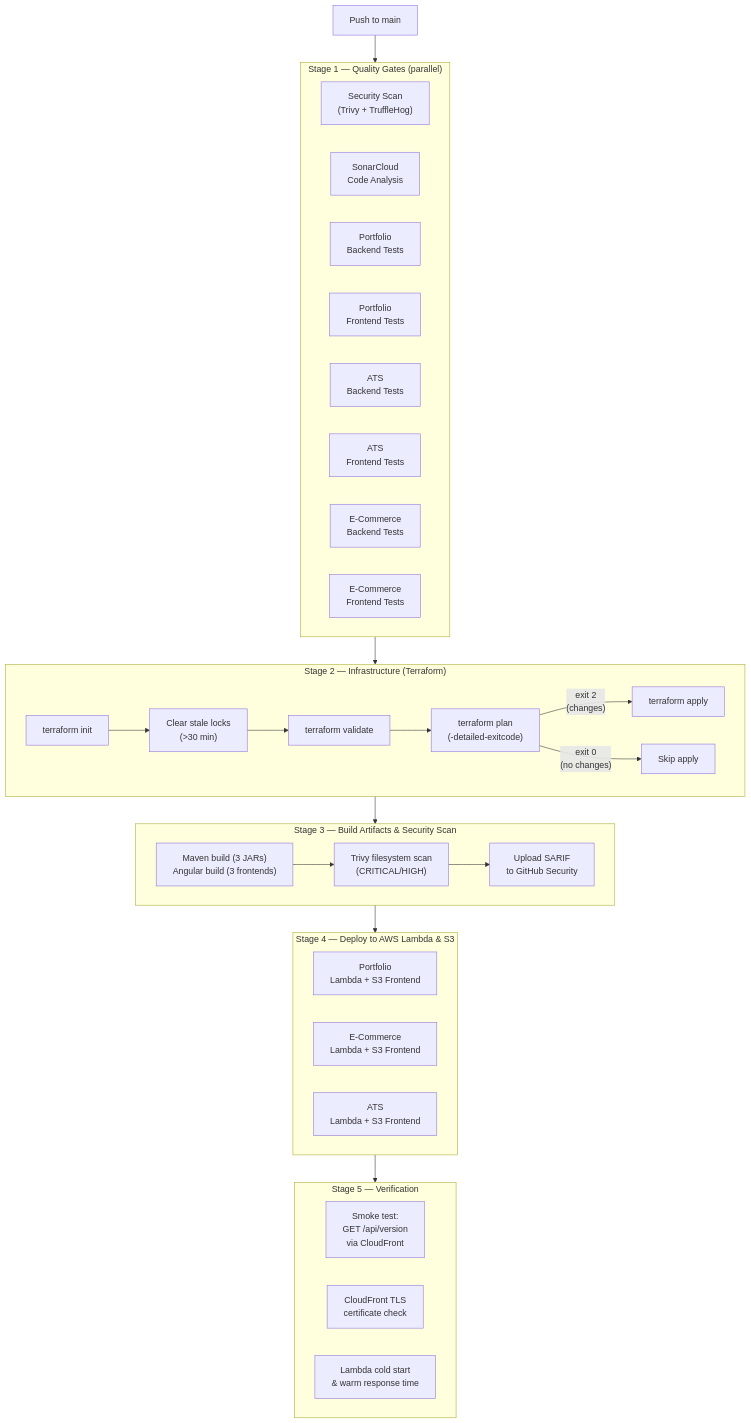
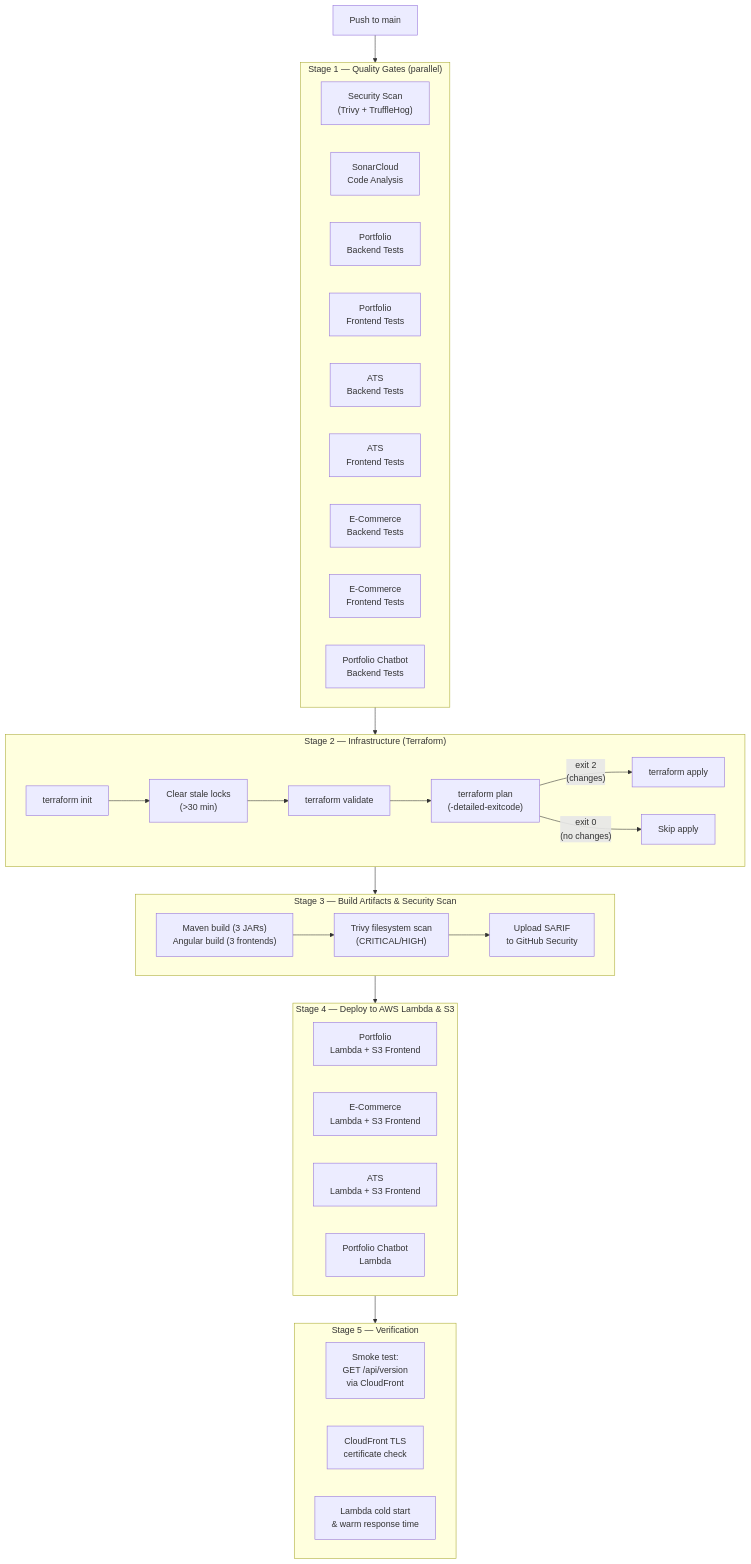
Before and after one commit to clark22134/MyPortfolioWebsite: the second of 5 diagrams in portfolio-chatbot-backend/target/classes/docs/DEVOPS_INFRASTRUCTURE.md, drawn with Mermaid. The commit also changed other lines of this file and 26 other files, not shown here.

````diff
--- a/portfolio-chatbot-backend/target/classes/docs/DEVOPS_INFRASTRUCTURE.md
+++ b/portfolio-chatbot-backend/target/classes/docs/DEVOPS_INFRASTRUCTURE.md
@@ -68,45 +68,47 @@
 ```mermaid
 graph TD
     Push["Push to main"] --> Gate
 
     subgraph Gate["Stage 1 — Quality Gates (parallel)"]
         Security["Security Scan<br/>(Trivy + TruffleHog)"]
         SQ["SonarCloud<br/>Code Analysis"]
         TB1["Portfolio<br/>Backend Tests"]
         TF1["Portfolio<br/>Frontend Tests"]
         TB2["ATS<br/>Backend Tests"]
         TF2["ATS<br/>Frontend Tests"]
         TB3["E-Commerce<br/>Backend Tests"]
         TF3["E-Commerce<br/>Frontend Tests"]
+        TB4["Portfolio Chatbot<br/>Backend Tests"]
     end
 
     Gate --> TF["Stage 2 — Terraform"]
     subgraph TF["Stage 2 — Infrastructure (Terraform)"]
         Init["terraform init"] --> Lock["Clear stale locks<br/>(>30 min)"]
         Lock --> Validate["terraform validate"]
         Validate --> Plan["terraform plan<br/>(-detailed-exitcode)"]
         Plan -->|"exit 2<br/>(changes)"| Apply["terraform apply"]
         Plan -->|"exit 0<br/>(no changes)"| Skip["Skip apply"]
     end
 
     TF --> Build["Stage 3 — Build & Scan"]
     subgraph Build["Stage 3 — Build Artifacts & Security Scan"]
         B1["Maven build (3 JARs)<br/>Angular build (3 frontends)"]
         B1 --> Scan["Trivy filesystem scan<br/>(CRITICAL/HIGH)"]
         Scan --> SARIF["Upload SARIF<br/>to GitHub Security"]
     end
 
     Build --> Deploy["Stage 4 — Serverless Deploy (parallel)"]
     subgraph Deploy["Stage 4 — Deploy to AWS Lambda & S3"]
         DP["Portfolio<br/>Lambda + S3 Frontend"]
         DE["E-Commerce<br/>Lambda + S3 Frontend"]
         DA["ATS<br/>Lambda + S3 Frontend"]
+        DC["Portfolio Chatbot<br/>Lambda"]
     end
 
     Deploy --> Verify["Stage 5 — Post-Deploy"]
     subgraph Verify["Stage 5 — Verification"]
         Smoke["Smoke test:<br/>GET /api/version<br/>via CloudFront"]
         TLS["CloudFront TLS<br/>certificate check"]
         Perf["Lambda cold start<br/>& warm response time"]
     end
 ```
````
